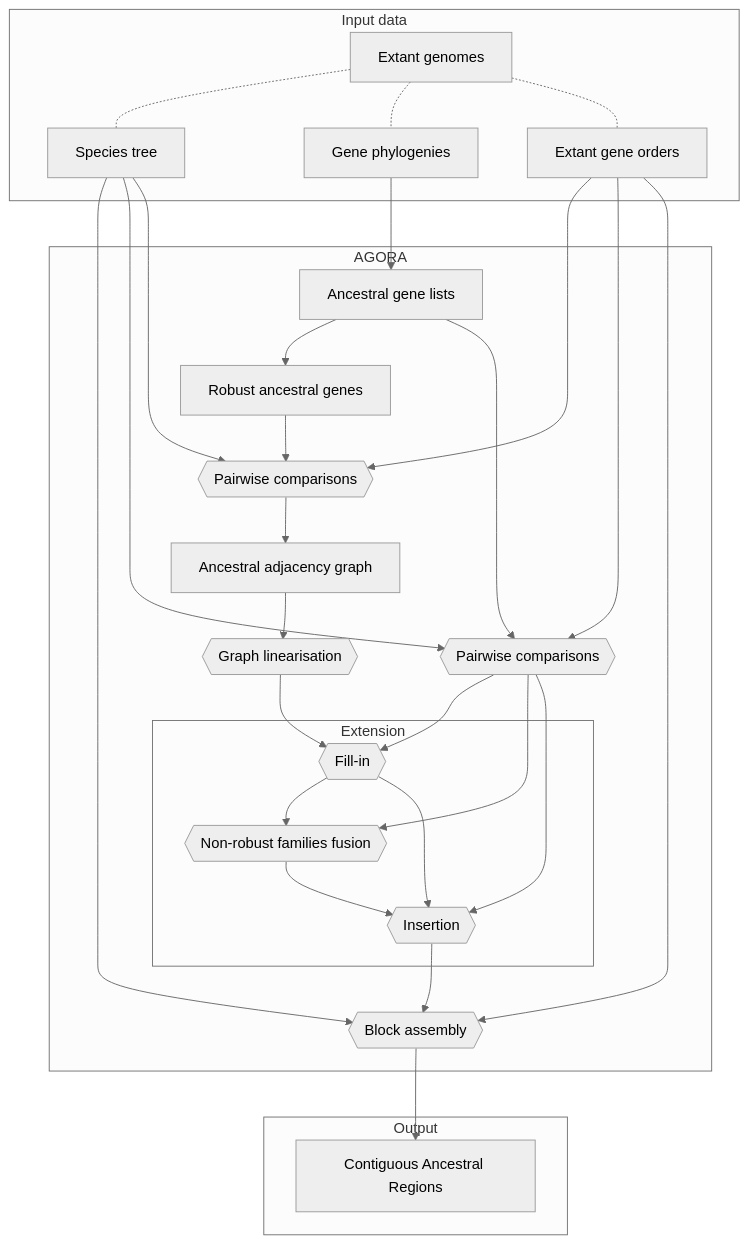
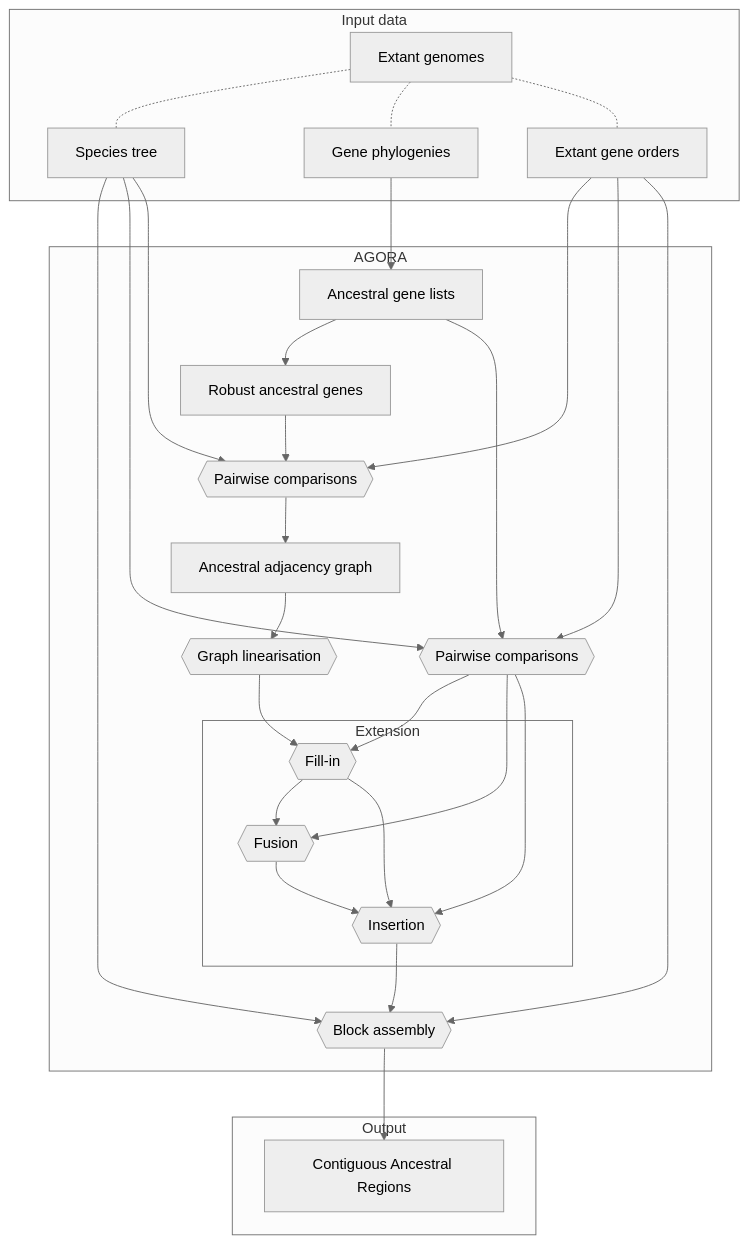
One commit to DyogenIBENS/Agora changed the diagram in doc/agora-vertebrates.mmd. Above: the diagram before and after it, drawn with Mermaid (neutral theme). The commit also changed 7 other files, not shown here.

```diff
--- a/doc/agora-vertebrates.mmd
+++ b/doc/agora-vertebrates.mmd
@@ -1,31 +1,31 @@
 graph TD
   subgraph Input data
     A[Extant genomes]
     B[Species tree]
     C[Gene phylogenies]
     D[Extant gene orders]
   end
   subgraph AGORA
     E[Ancestral gene lists]
     EE[Robust ancestral genes]
     F{{Pairwise comparisons}}
     FF{{Pairwise comparisons}}
     G[Ancestral adjacency graph]
     H{{Graph linearisation}}
     subgraph Extension
       L{{Fill-in}}
-      M{{Non-robust families fusion}}
+      M{{Fusion}}
       N{{Insertion}}
     end
     J{{Block assembly}}
   end
   subgraph Output
     K[Contiguous Ancestral Regions]
   end
   A -.- B & C & D
   C --> E
   B --> J & F & FF
   D --> FF & F & J
   E --> EE --> FF --> G --> H --> L --> M --> N --> J --> K
   L --> N
   E --> F --> L & M & N
```
